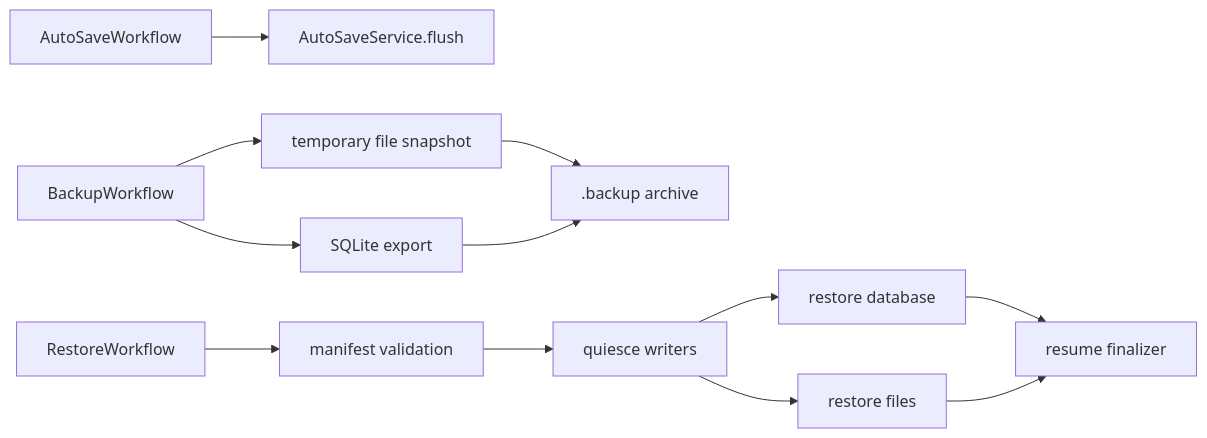
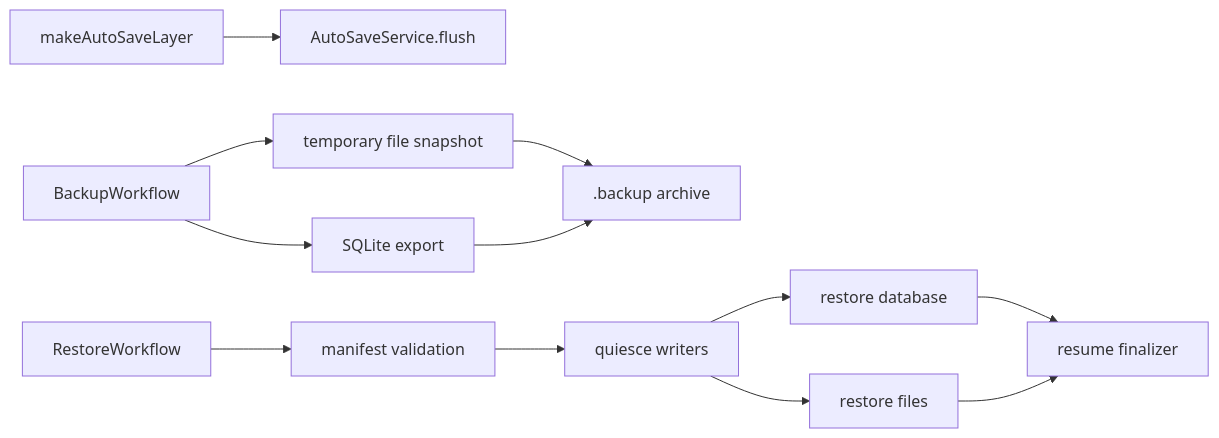
Before and after one commit to Rika-Labs/effect-desktop: the diagram in docs/learnings/2026-05-09-auto-save-backup-workflows.md, drawn with Mermaid. The commit also changed other lines of this file and 5 other files, not shown here.

````diff
--- a/docs/learnings/2026-05-09-auto-save-backup-workflows.md
+++ b/docs/learnings/2026-05-09-auto-save-backup-workflows.md
@@ -19,14 +19,14 @@
 ```mermaid
 flowchart LR
-  AutoSave["AutoSaveWorkflow"] --> Flush["AutoSaveService.flush"]
+  AutoSave["makeAutoSaveLayer"] --> Flush["AutoSaveService.flush"]
   Backup["BackupWorkflow"] --> Snapshot["temporary file snapshot"]
   Backup --> DbExport["SQLite export"]
   Snapshot --> Archive[".backup archive"]
   DbExport --> Archive
   Restore["RestoreWorkflow"] --> Validate["manifest validation"]
   Validate --> Stop["quiesce writers"]
   Stop --> RestoreDb["restore database"]
   Stop --> RestoreFiles["restore files"]
   RestoreDb --> Resume["resume finalizer"]
   RestoreFiles --> Resume
 ```
````
